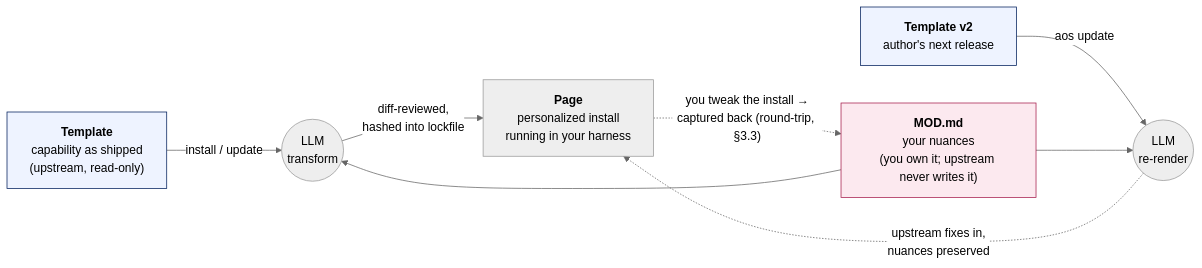
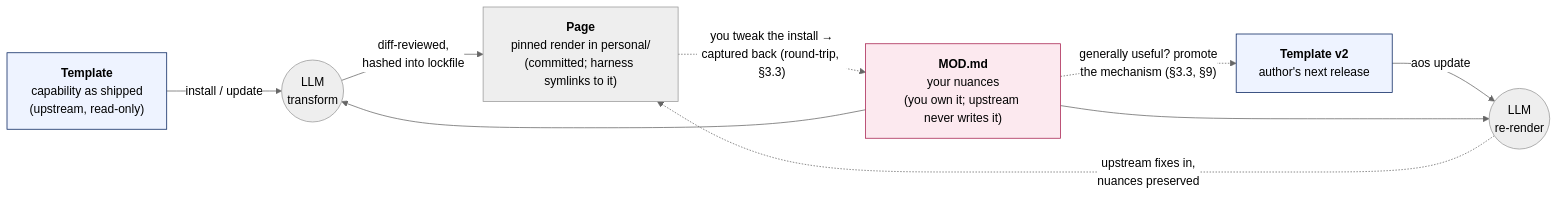
One commit to AlmogBaku/aos changed the second of 4 diagrams in ARCHITECTURE.md. Above: the diagram before and after it, drawn with Mermaid (neutral theme). The commit also changed other lines of this file and 3 other files, not shown here.

````diff
--- a/ARCHITECTURE.md
+++ b/ARCHITECTURE.md
@@ -313,18 +317,19 @@
 ```mermaid
 flowchart LR
     T["<b>Template</b><br/>capability as shipped<br/>(upstream, read-only)"]
     M["<b>MOD.md</b><br/>your nuances<br/>(you own it; upstream never writes it)"]
-    P["<b>Page</b><br/>personalized install<br/>running in your harness"]
+    P["<b>Page</b><br/>pinned render in personal/<br/>(committed; harness symlinks to it)"]
 
     T -->|"install / update"| X(("LLM<br/>transform"))
     M --> X
     X -->|"diff-reviewed,<br/>hashed into lockfile"| P
     P -.->|"you tweak the install →<br/>captured back (round-trip, §3.3)"| M
+    M -.->|"generally useful? promote<br/>the mechanism (§3.3, §9)"| T2
     T2["<b>Template v2</b><br/>author's next release"] -->|"aos update"| Y(("LLM<br/>re-render"))
     M --> Y
     Y -.->|"upstream fixes in,<br/>nuances preserved"| P
 
     style M fill:#FCE9EF,stroke:#A61E4D
     style T fill:#EEF3FF,stroke:#001F5C
     style T2 fill:#EEF3FF,stroke:#001F5C
 ```
````
